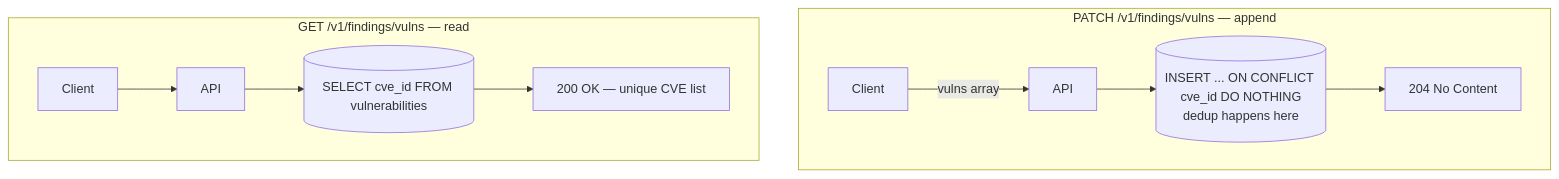
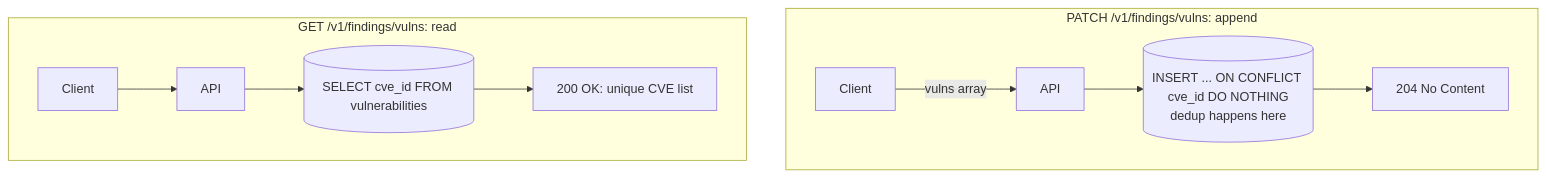
Before and after one commit to iurev/firmguard: the third of 3 diagrams in ARCHITECTURE.md, drawn with Mermaid. The commit also changed other lines of this file, not shown here.

Commit message:
[upd] architecture

````diff
--- a/ARCHITECTURE.md
+++ b/ARCHITECTURE.md
@@ -60,14 +60,14 @@
 ```mermaid
 flowchart TD
-    subgraph PATCH ["PATCH /v1/findings/vulns — append"]
+    subgraph PATCH ["PATCH /v1/findings/vulns: append"]
         ClientP[Client] -->|"vulns array"| APIP[API]
         APIP --> UpsertCVE[("INSERT ... ON CONFLICT cve_id DO NOTHING<br/>dedup happens here")]
         UpsertCVE --> R204["204 No Content"]
     end
 
-    subgraph GET ["GET /v1/findings/vulns — read"]
+    subgraph GET ["GET /v1/findings/vulns: read"]
         ClientG[Client] --> APIG[API]
         APIG --> ListCVE[("SELECT cve_id FROM vulnerabilities")]
-        ListCVE --> R200["200 OK — unique CVE list"]
+        ListCVE --> R200["200 OK: unique CVE list"]
     end
 ```
````
